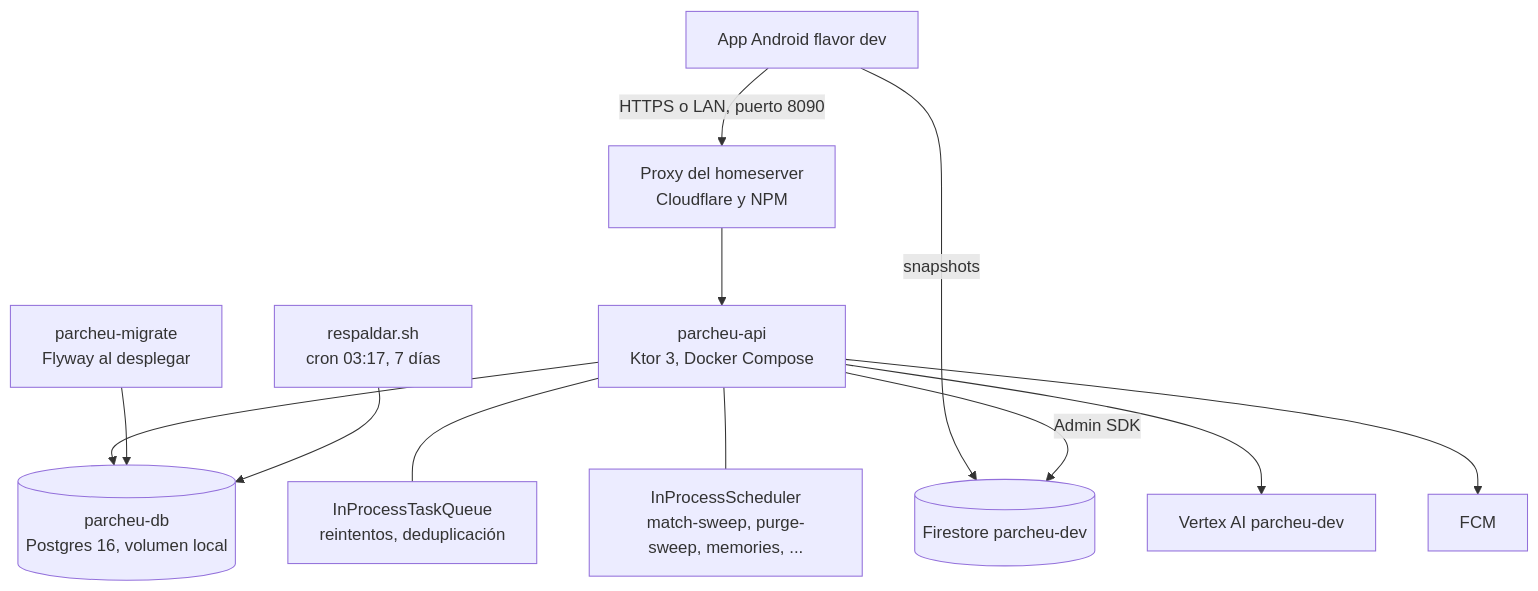
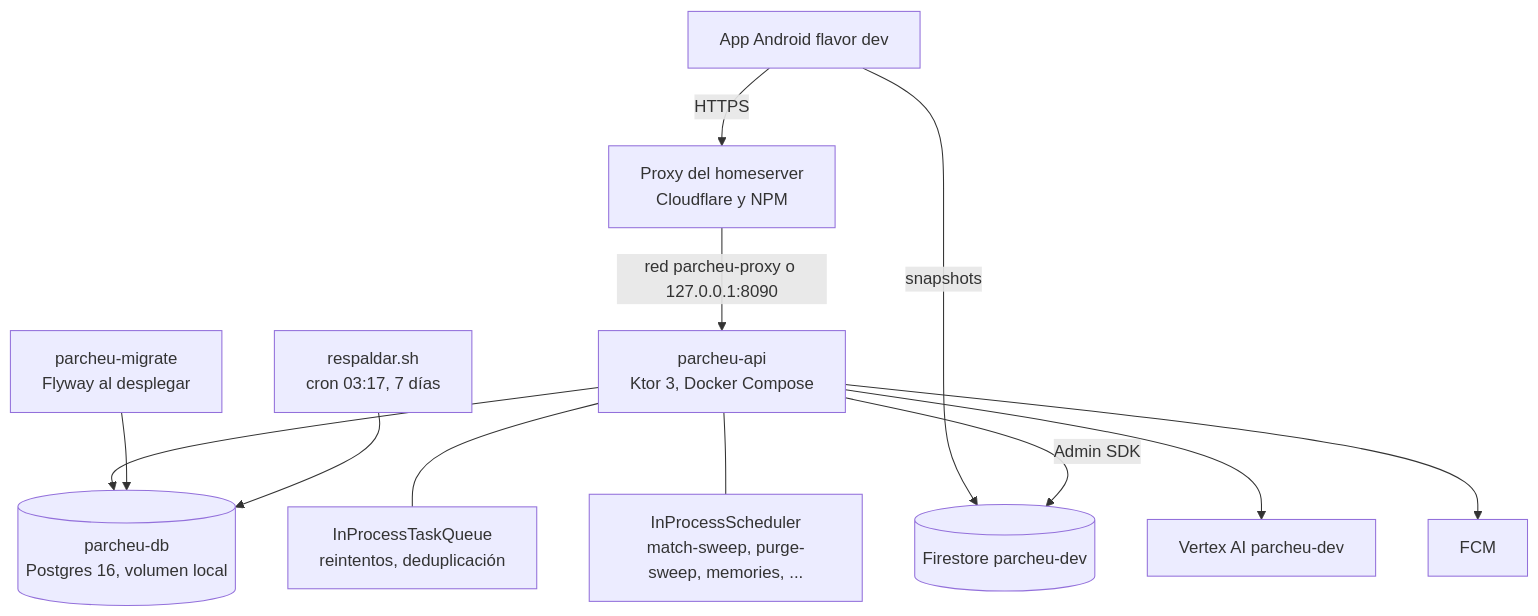
The third of 6 diagrams in docs/c4.md (RareChimera87/ProyectoFinalTecMovil), drawn with Mermaid before and after one commit. The commit also changed 9 other files, not shown here.

First line of the commit message:
Publica la API del homeserver solo en loopback y arranca en dev

````diff
--- a/docs/c4.md
+++ b/docs/c4.md
@@ -68,14 +68,14 @@
 ```mermaid
 flowchart TB
-  APPD["App Android flavor dev"] -->|"HTTPS o LAN, puerto 8090"| NPM["Proxy del homeserver<br/>Cloudflare y NPM"]
-  NPM --> API2["parcheu-api<br/>Ktor 3, Docker Compose"]
+  APPD["App Android flavor dev"] -->|"HTTPS"| NPM["Proxy del homeserver<br/>Cloudflare y NPM"]
+  NPM -->|"red parcheu-proxy o 127.0.0.1:8090"| API2["parcheu-api<br/>Ktor 3, Docker Compose"]
   APPD -->|snapshots| FSD[("Firestore parcheu-dev")]
   API2 --> PG[("parcheu-db<br/>Postgres 16, volumen local")]
   MIG2["parcheu-migrate<br/>Flyway al desplegar"] --> PG
   API2 --- QUEUE["InProcessTaskQueue<br/>reintentos, deduplicación"]
   API2 --- SCH["InProcessScheduler<br/>match-sweep, purge-sweep, memories, ..."]
   API2 -->|"Admin SDK"| FSD
   API2 --> VXD["Vertex AI parcheu-dev"]
   API2 --> FCMD["FCM"]
   BK["respaldar.sh<br/>cron 03:17, 7 días"] --> PG
 ```
````
